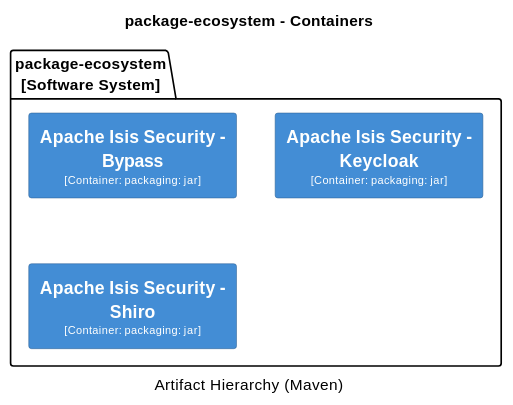
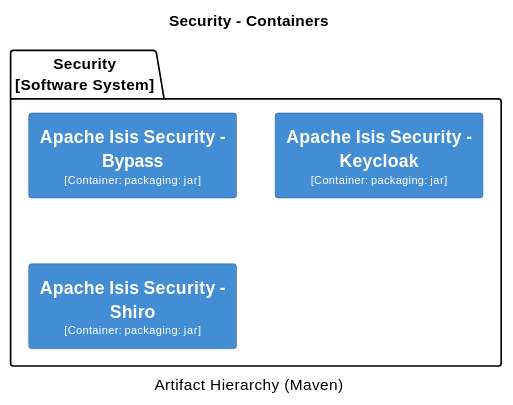
One commit to apache/causeway changed the eighth of 18 diagrams in antora/components/system/modules/ROOT/pages/system-overview.adoc. Above: the diagram before and after it, drawn with PlantUML. The commit also changed other lines of this file and 1 other file, not shown here.

Commit message:
ISIS-2473: system overview: more meaningful diagram titles

```diff
--- a/antora/components/system/modules/ROOT/pages/system-overview.adoc
+++ b/antora/components/system/modules/ROOT/pages/system-overview.adoc
@@ -1245,36 +1245,36 @@
 [plantuml,Security,svg]
 ----
 @startuml(id=Security)
-title package-ecosystem - Containers
+title Security - Containers
 caption Artifact Hierarchy (Maven)
 
 skinparam {
   shadowing false
   arrowFontSize 10
   defaultTextAlignment center
   wrapWidth 200
   maxMessageSize 100
 }
 hide stereotype
 skinparam rectangle<<2>> {
   BackgroundColor #438dd5
   FontColor #fffffe
   BorderColor #2E6295
 }
 skinparam rectangle<<3>> {
   BackgroundColor #438dd5
   FontColor #fffffe
   BorderColor #2E6295
 }
 skinparam rectangle<<4>> {
   BackgroundColor #438dd5
   FontColor #fffffe
   BorderColor #2E6295
 }
-package "package-ecosystem\n[Software System]" {
+package "Security\n[Software System]" {
   rectangle "==Apache Isis Security - Bypass\n<size:10>[Container: packaging: jar]</size>" <<2>> as 2
   rectangle "==Apache Isis Security - Keycloak\n<size:10>[Container: packaging: jar]</size>" <<3>> as 3
   rectangle "==Apache Isis Security - Shiro\n<size:10>[Container: packaging: jar]</size>" <<4>> as 4
 }
 @enduml
 ----
```
